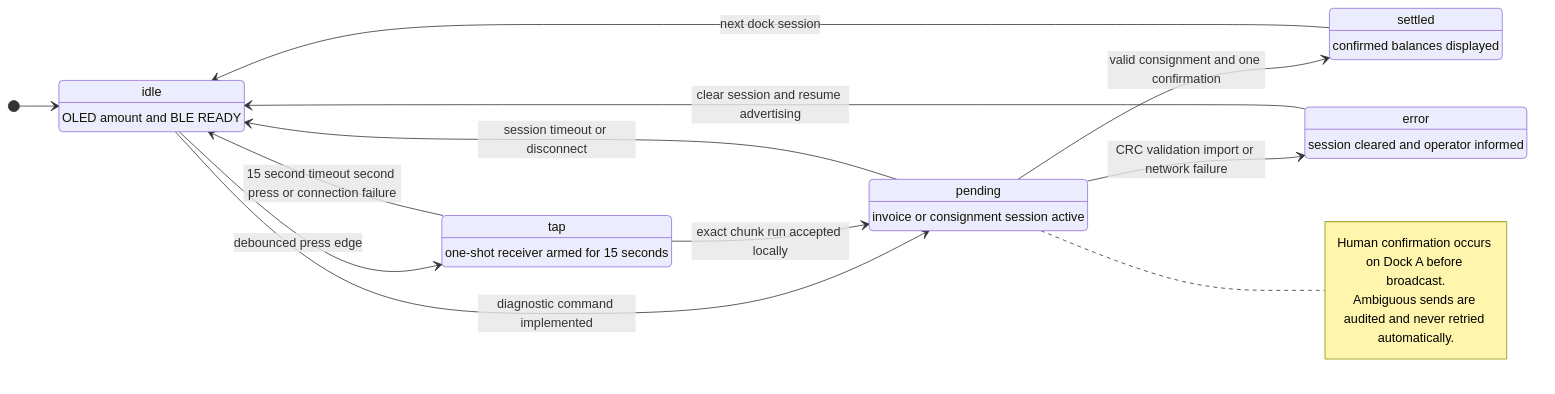
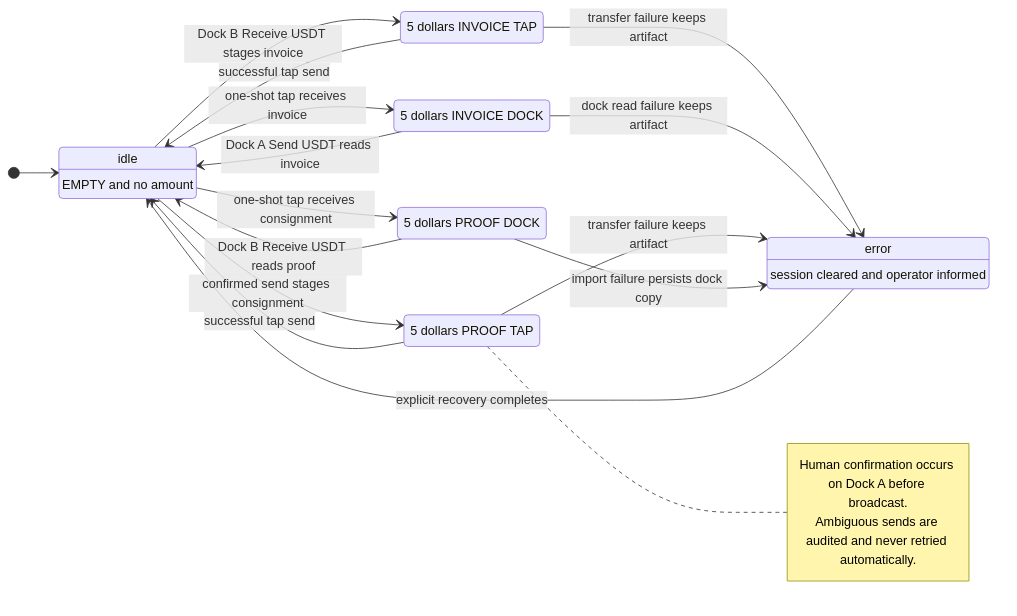
One commit to EdwinKestler/bill changed the diagram in docs/diagrams/src/04-bill-state-machine.mmd. Above: the diagram before and after it, drawn with Mermaid. The commit also changed 44 other files, not shown here.

First line of the commit message:
Add bill inventory, tap metadata v2, and dock device registry

```diff
--- a/docs/diagrams/src/04-bill-state-machine.mmd
+++ b/docs/diagrams/src/04-bill-state-machine.mmd
@@ -1,29 +1,31 @@
 stateDiagram-v2
     direction LR
 
     [*] --> Idle
     Idle: idle
-    Idle: OLED amount and BLE READY
-    Tap: tap
-    Tap: one-shot receiver armed for 15 seconds
-    Pending: pending
-    Pending: invoice or consignment session active
-    Settled: settled
-    Settled: confirmed balances displayed
+    Idle: EMPTY and no amount
+    InvoiceOut: 5 dollars INVOICE TAP
+    InvoiceIn: 5 dollars INVOICE DOCK
+    ProofOut: 5 dollars PROOF TAP
+    ProofIn: 5 dollars PROOF DOCK
     Error: error
     Error: session cleared and operator informed
 
-    Idle --> Pending: diagnostic command implemented
-    Idle --> Tap: debounced press edge
-    Tap --> Pending: exact chunk run accepted locally
-    Tap --> Idle: 15 second timeout second press or connection failure
-    Pending --> Settled: valid consignment and one confirmation
-    Pending --> Error: CRC validation import or network failure
-    Pending --> Idle: session timeout or disconnect
-    Error --> Idle: clear session and resume advertising
-    Settled --> Idle: next dock session
+    Idle --> InvoiceOut: Dock B Receive USDT stages invoice
+    InvoiceOut --> Idle: successful tap send
+    Idle --> InvoiceIn: one-shot tap receives invoice
+    InvoiceIn --> Idle: Dock A Send USDT reads invoice
+    Idle --> ProofOut: confirmed send stages consignment
+    ProofOut --> Idle: successful tap send
+    Idle --> ProofIn: one-shot tap receives consignment
+    ProofIn --> Idle: Dock B Receive USDT reads proof
+    InvoiceOut --> Error: transfer failure keeps artifact
+    InvoiceIn --> Error: dock read failure keeps artifact
+    ProofOut --> Error: transfer failure keeps artifact
+    ProofIn --> Error: import failure persists dock copy
+    Error --> Idle: explicit recovery completes
 
-    note right of Pending
+    note right of ProofOut
         Human confirmation occurs on Dock A before broadcast.
         Ambiguous sends are audited and never retried automatically.
     end note
```
